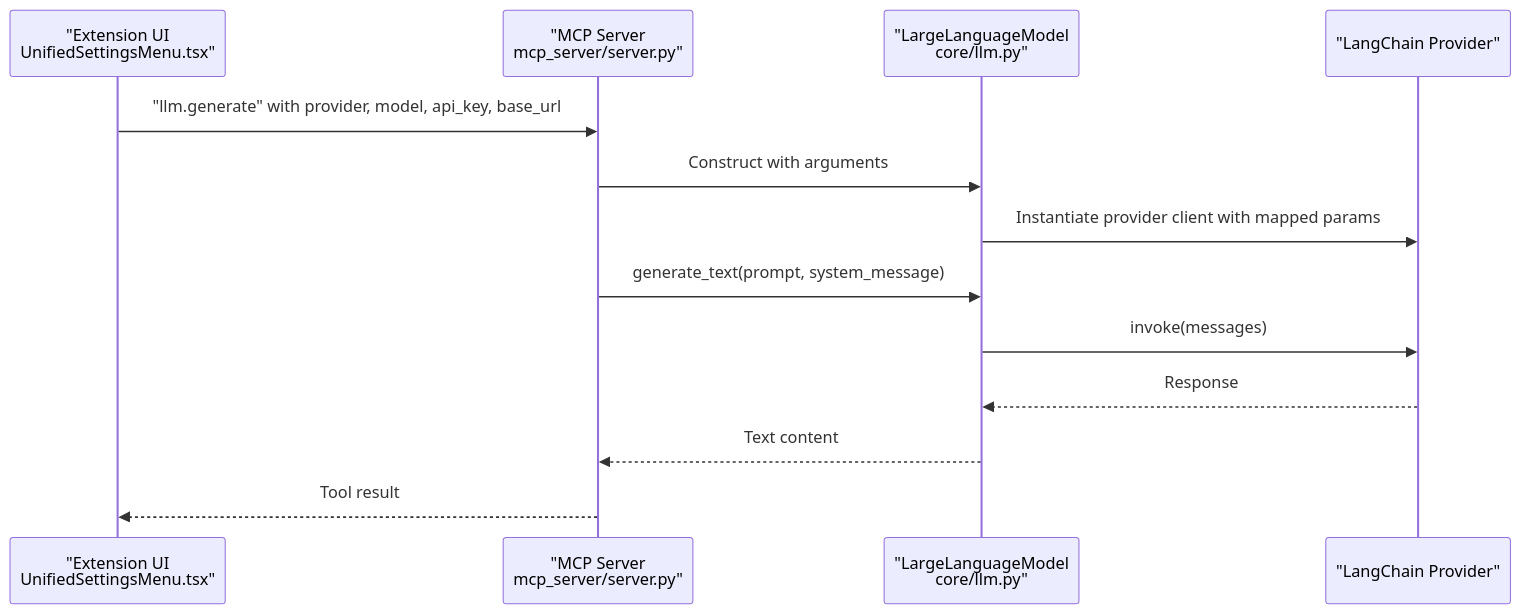
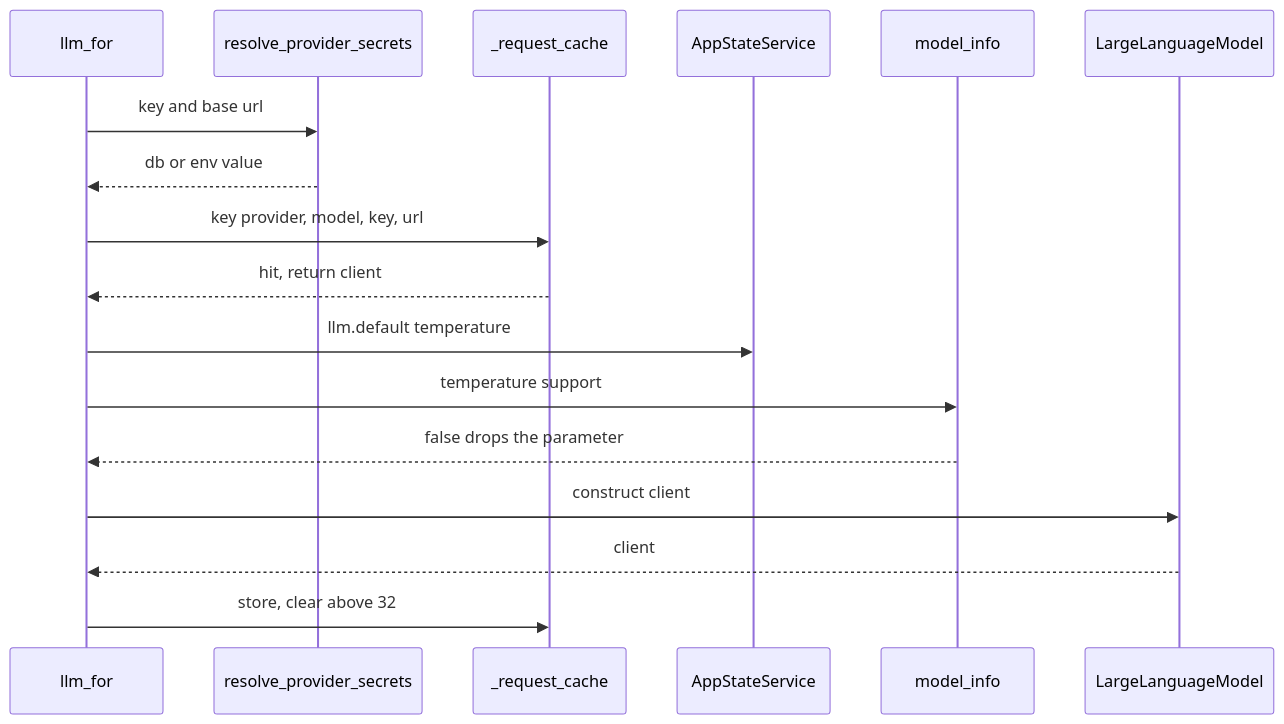
Before and after one commit to tashifkhan/tashif.codes: the fourth of 6 diagrams in src/data/docs/agentic-browser/AI Agent System/LLM Provider Abstraction.md, drawn with Mermaid. The commit also changed other lines of this file and 114 other files, not shown here.

````diff
--- a/src/data/docs/agentic-browser/AI Agent System/LLM Provider Abstraction.md
+++ b/src/data/docs/agentic-browser/AI Agent System/LLM Provider Abstraction.md
@@ -50,15 +105,19 @@
 ```mermaid
 sequenceDiagram
-participant UI as "Extension UI<br/>UnifiedSettingsMenu.tsx"
-participant MCP as "MCP Server<br/>mcp_server/server.py"
-participant LLM as "LargeLanguageModel<br/>core/llm.py"
-participant LC as "LangChain Provider"
-UI->>MCP : "llm.generate" with provider, model, api_key, base_url
-MCP->>LLM : Construct with arguments
-LLM->>LC : Instantiate provider client with mapped params
-MCP->>LLM : generate_text(prompt, system_message)
-LLM->>LC : invoke(messages)
-LC-->>LLM : Response
-LLM-->>MCP : Text content
-MCP-->>UI : Tool result
+  participant Caller as llm_for
+  participant SEC as resolve_provider_secrets
+  participant CACHE as _request_cache
+  participant APP as AppStateService
+  participant CAT as model_info
+  participant LLM as LargeLanguageModel
+  Caller->>SEC: key and base url
+  SEC-->>Caller: db or env value
+  Caller->>CACHE: key provider, model, key, url
+  CACHE-->>Caller: hit, return client
+  Caller->>APP: llm.default temperature
+  Caller->>CAT: temperature support
+  CAT-->>Caller: false drops the parameter
+  Caller->>LLM: construct client
+  LLM-->>Caller: client
+  Caller->>CACHE: store, clear above 32
 ```
````
